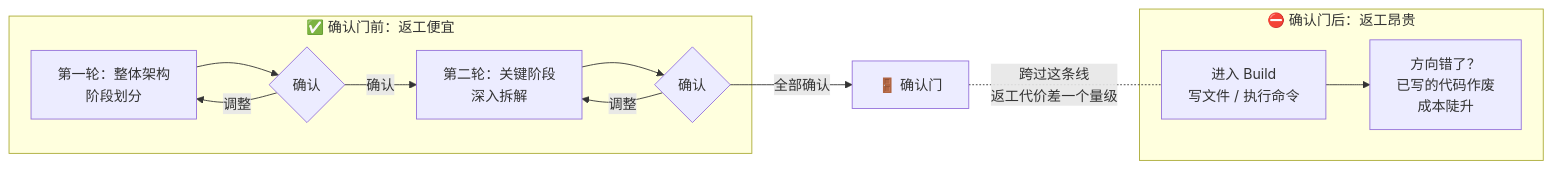
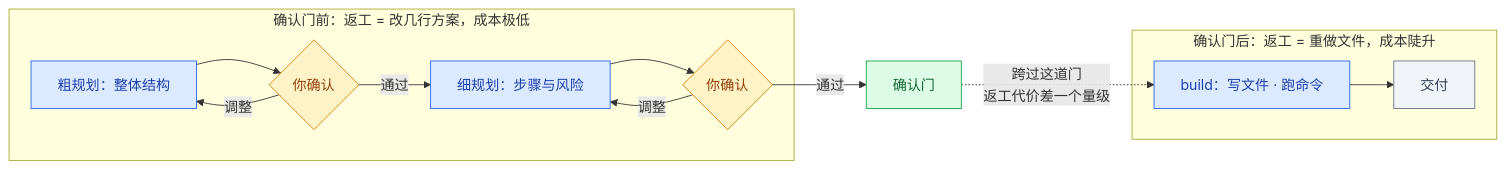
The tenth of 10 diagrams in ppt/ppt2-advanced/opencode-advanced-techniques.md (masonsxu/notes), drawn with Mermaid before and after one commit. The commit also changed other lines of this file and 1 other file, not shown here.

````diff
--- a/ppt/ppt2-advanced/opencode-advanced-techniques.md
+++ b/ppt/ppt2-advanced/opencode-advanced-techniques.md
@@ -327,21 +467,20 @@
 ```mermaid
 flowchart LR
-    subgraph CHEAP["✅ 确认门前：返工便宜"]
-        R1["第一轮：整体架构<br/>阶段划分"]
-        G1{"确认"}
-        R2["第二轮：关键阶段<br/>深入拆解"]
-        G2{"确认"}
-        R1 --> G1
-        G1 -->|"调整"| R1
-        G1 -->|"确认"| R2
-        R2 --> G2
-        G2 -->|"调整"| R2
+    classDef human fill:#FEF3C7,stroke:#D97706,color:#92400E
+    classDef agent fill:#DBEAFE,stroke:#2563EB,color:#1E40AF
+    classDef gate fill:#DCFCE7,stroke:#16A34A,color:#166534
+    classDef artifact fill:#F1F5F9,stroke:#64748B,color:#334155
+
+    subgraph BEFORE["确认门前：返工 = 改几行方案，成本极低"]
+        R1["粗规划：整体结构"]:::agent --> G1{"你确认"}:::human
+        G1 -->|调整| R1
+        G1 -->|通过| R2["细规划：步骤与风险"]:::agent
+        R2 --> G2{"你确认"}:::human
+        G2 -->|调整| R2
     end
-    G2 -->|"全部确认"| GATE
-    subgraph EXPENSIVE["⛔ 确认门后：返工昂贵"]
-        B["进入 Build<br/>写文件 / 执行命令"]
-        REWORK["方向错了？<br/>已写的代码作废<br/>成本陡升"]
-        B --> REWORK
+    G2 -->|通过| GATE["确认门"]:::gate
+    subgraph AFTER["确认门后：返工 = 重做文件，成本陡升"]
+        B["build：写文件 · 跑命令"]:::agent --> DONE["交付"]:::artifact
     end
-    GATE["🚪 确认门"] -.-|"跨过这条线<br/>返工代价差一个量级"| B
+    GATE -.->|"跨过这道门<br/>返工代价差一个量级"| B
 ```
````
